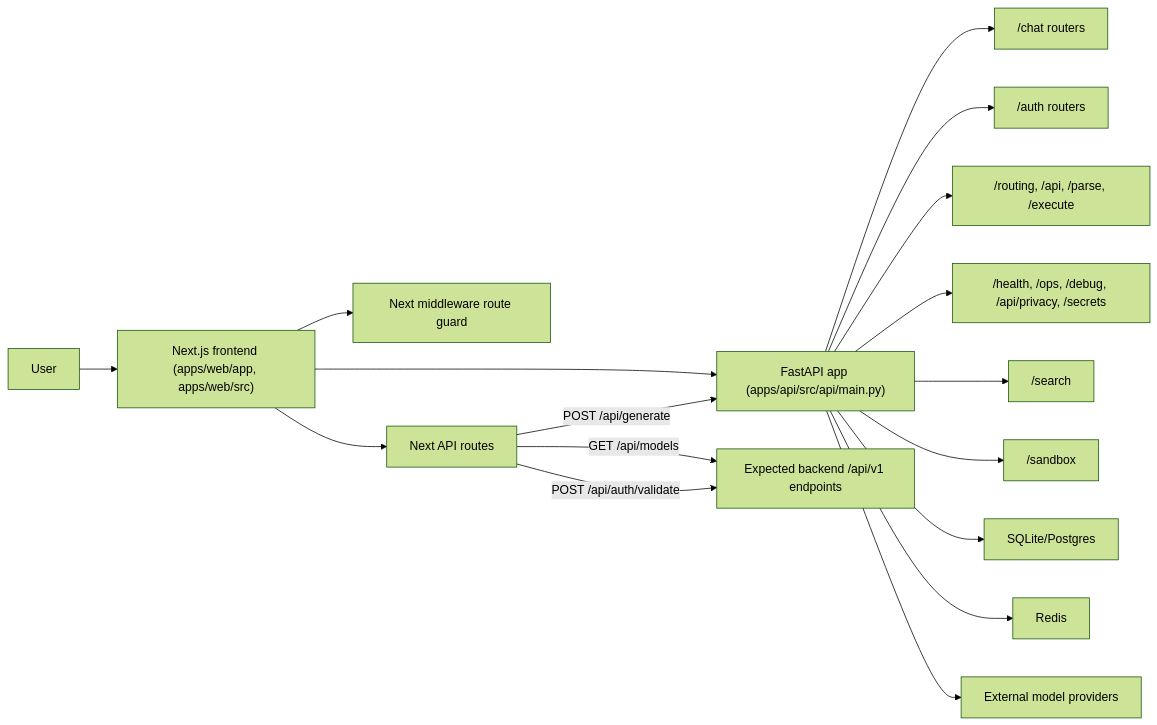
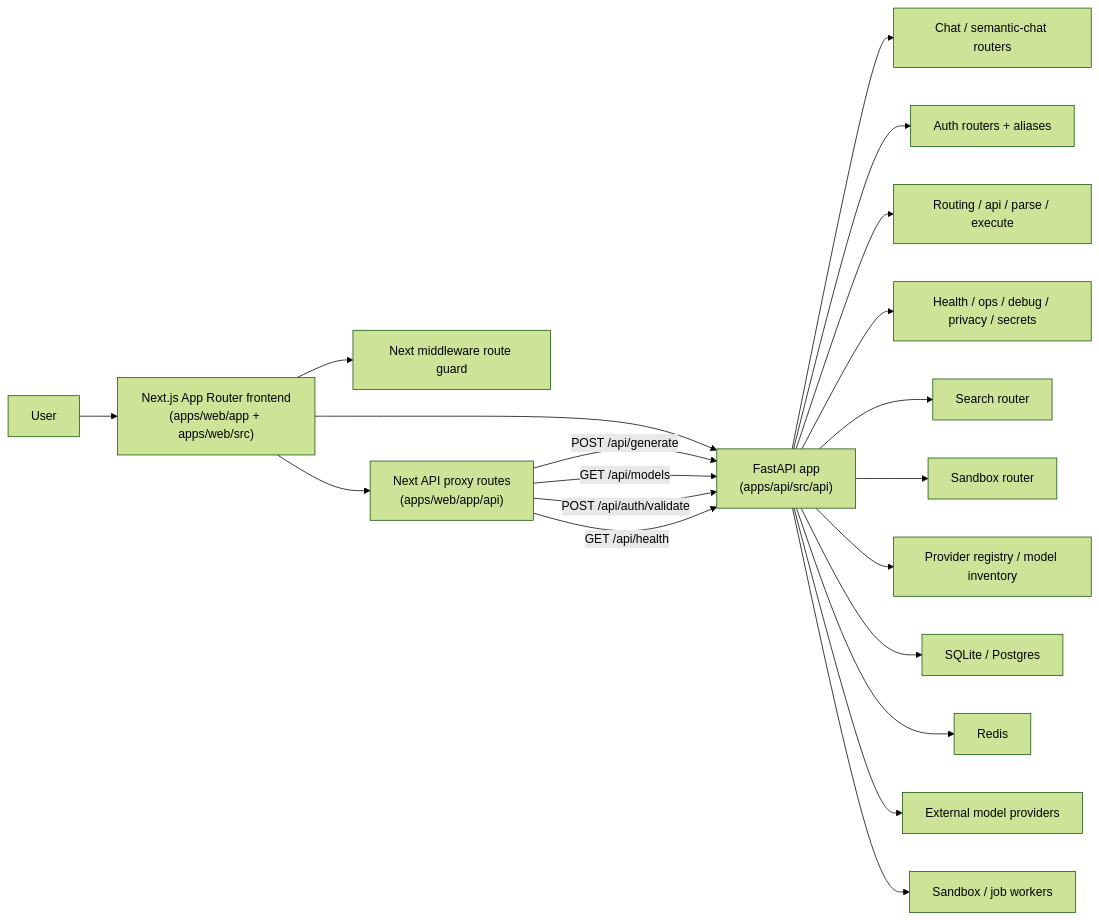
Before and after one commit to fuaadabdullah/goblin-assistant: the diagram in docs/architecture/ARCHITECTURE_OVERVIEW.md, drawn with Mermaid (forest theme). The commit also changed other lines of this file and 19 other files, not shown here.

````diff
--- a/docs/architecture/ARCHITECTURE_OVERVIEW.md
+++ b/docs/architecture/ARCHITECTURE_OVERVIEW.md
@@ -16,23 +18,26 @@
 ```mermaid
 graph LR
-  U["User"] --> FE["Next.js frontend (apps/web/app, apps/web/src)"]
+  U["User"] --> FE["Next.js App Router frontend<br/>(apps/web/app + apps/web/src)"]
 
   FE --> MW["Next middleware route guard"]
-  FE --> NAPI["Next API routes"]
-  FE --> API["FastAPI app (apps/api/src/api/main.py)"]
+  FE --> NAPI["Next API proxy routes<br/>(apps/web/app/api)"]
+  FE --> API["FastAPI app<br/>(apps/api/src/api)"]
 
   NAPI -->|"POST /api/generate"| API
-  NAPI -->|"GET /api/models"| V1A["Expected backend /api/v1 endpoints"]
-  NAPI -->|"POST /api/auth/validate"| V1A
+  NAPI -->|"GET /api/models"| API
+  NAPI -->|"POST /api/auth/validate"| API
+  NAPI -->|"GET /api/health"| API
 
-  API --> CHAT["/chat routers"]
-  API --> AUTH["/auth routers"]
-  API --> ROUTING["/routing, /api, /parse, /execute"]
-  API --> OPS["/health, /ops, /debug, /api/privacy, /secrets"]
-  API --> SEARCH["/search"]
-  API --> SANDBOX["/sandbox"]
+  API --> CHAT["Chat / semantic-chat routers"]
+  API --> AUTH["Auth routers + aliases"]
+  API --> ROUTING["Routing / api / parse / execute"]
+  API --> OPS["Health / ops / debug / privacy / secrets"]
+  API --> SEARCH["Search router"]
+  API --> SANDBOX["Sandbox router"]
+  API --> PROVIDERS["Provider registry / model inventory"]
 
-  API --> DB["SQLite/Postgres"]
+  API --> DB["SQLite / Postgres"]
   API --> REDIS["Redis"]
-  API --> PROVIDERS["External model providers"]
+  API --> PROVIDER_BACKENDS["External model providers"]
+  API --> WORKERS["Sandbox / job workers"]
 ```
````
